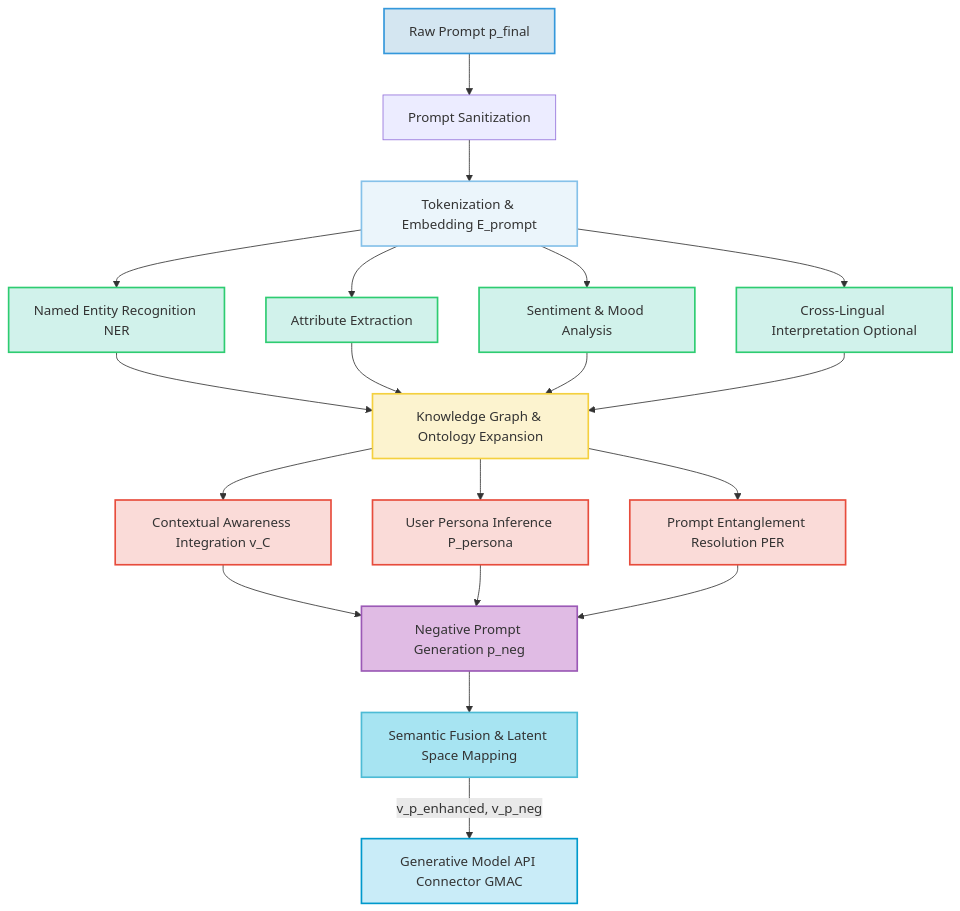
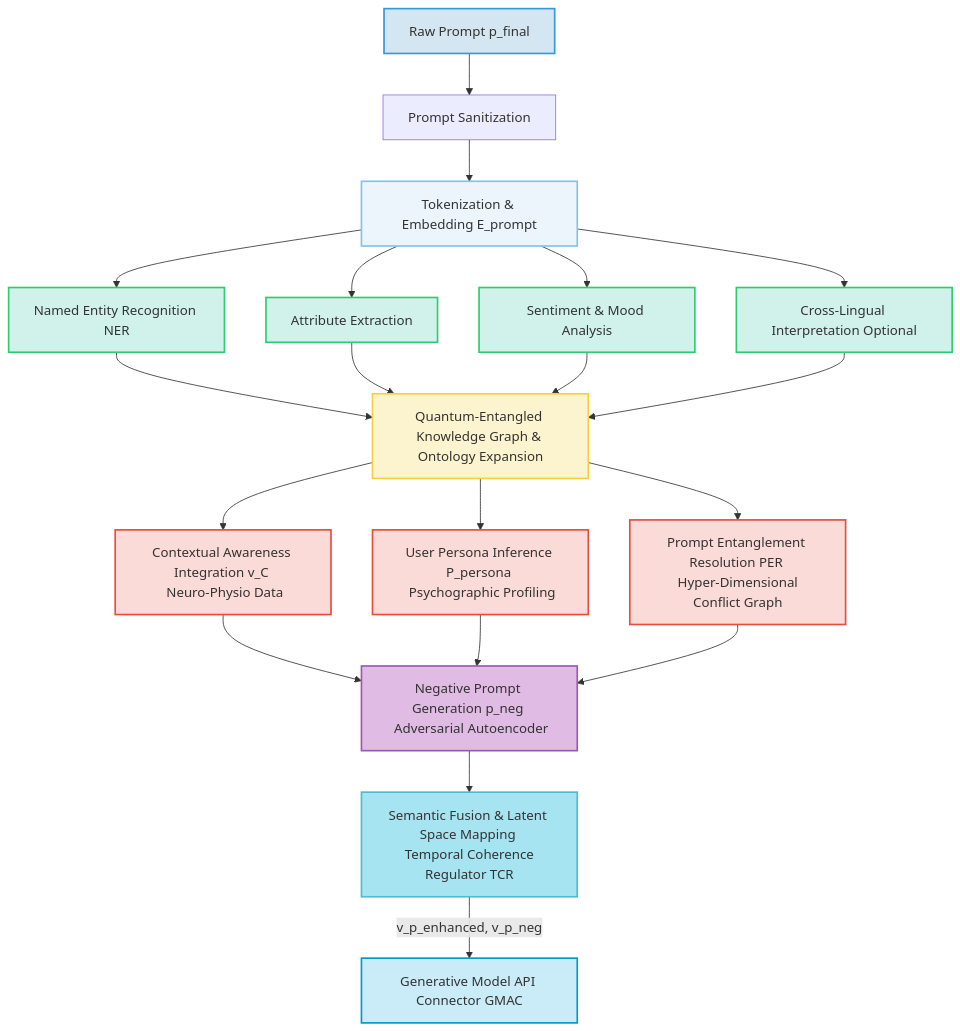
The fourth of 12 diagrams in inventions/001_generative_ui_background.md (diplomat-bit/Citibank_Demo_Business_Inc_Demonstration-), drawn with Mermaid before and after one commit. The commit also changed other lines of this file, not shown here.

````diff
--- a/inventions/001_generative_ui_background.md
+++ b/inventions/001_generative_ui_background.md
@@ -181,30 +196,30 @@
 ```mermaid
 graph TD
     A[Raw Prompt p_final] --> B[Prompt Sanitization];
     B --> C[Tokenization & Embedding E_prompt];
     C --> D[Named Entity Recognition NER];
     C --> E[Attribute Extraction];
     C --> F[Sentiment & Mood Analysis];
     C --> G[Cross-Lingual Interpretation Optional];
-    D & E & F & G --> H[Knowledge Graph & Ontology Expansion];
-    H --> I[Contextual Awareness Integration v_C];
-    H --> J[User Persona Inference P_persona];
-    H --> K[Prompt Entanglement Resolution PER];
-    I & J & K --> L[Negative Prompt Generation p_neg];
-    L --> M[Semantic Fusion & Latent Space Mapping];
+    D & E & F & G --> H[Quantum-Entangled Knowledge Graph & Ontology Expansion];
+    H --> I[Contextual Awareness Integration v_C <br> Neuro-Physio Data];
+    H --> J[User Persona Inference P_persona <br> Psychographic Profiling];
+    H --> K[Prompt Entanglement Resolution PER <br> Hyper-Dimensional Conflict Graph];
+    I & J & K --> L[Negative Prompt Generation p_neg <br> Adversarial Autoencoder];
+    L --> M[Semantic Fusion & Latent Space Mapping <br> Temporal Coherence Regulator TCR];
     M -- v_p_enhanced, v_p_neg --> N[Generative Model API Connector GMAC];
 
     style A fill:#D4E6F1,stroke:#3498DB,stroke-width:2px;
     style C fill:#EBF5FB,stroke:#85C1E9,stroke-width:2px;
     style D fill:#D1F2EB,stroke:#2ECC71,stroke-width:2px;
     style E fill:#D1F2EB,stroke:#2ECC71,stroke-width:2px;
     style F fill:#D1F2EB,stroke:#2ECC71,stroke-width:2px;
     style G fill:#D1F2EB,stroke:#2ECC71,stroke-width:2px;
     style H fill:#FCF3CF,stroke:#F4D03F,stroke-width:2px;
     style I fill:#FADBD8,stroke:#E74C3C,stroke-width:2px;
     style J fill:#FADBD8,stroke:#E74C3C,stroke-width:2px;
     style K fill:#FADBD8,stroke:#E74C3C,stroke-width:2px;
     style L fill:#E0BBE4,stroke:#9B59B6,stroke-width:2px;
     style M fill:#A7E4F2,stroke:#4DBBD5,stroke-width:2px;
     style N fill:#C9ECF8,stroke:#0099CC,stroke-width:2px;
 ```
````
